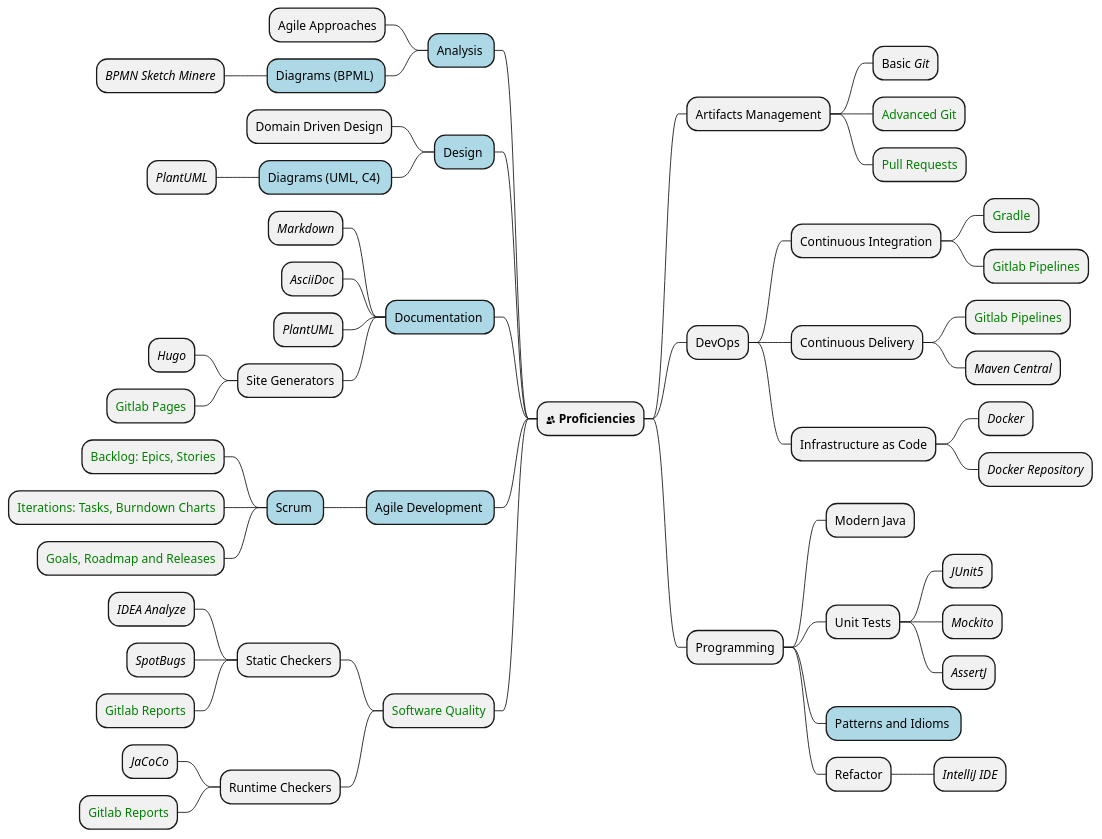
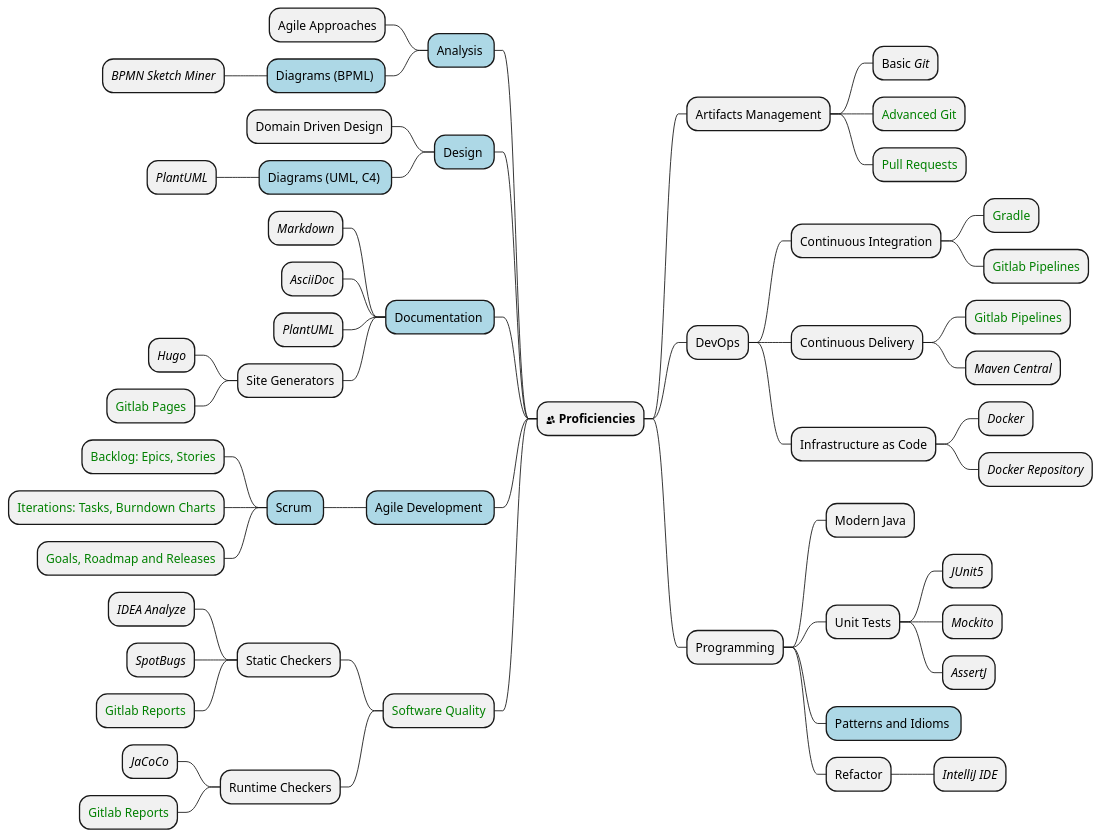
One commit to tangly-team/tangly-os changed the diagram in src/site/website/content/blog/2021/blog-2021-01-03.adoc. Above: the diagram before and after it, drawn with PlantUML. The commit also changed other lines of this file and 13 other files, not shown here.

```diff
--- a/src/site/website/content/blog/2021/blog-2021-01-03.adoc
+++ b/src/site/website/content/blog/2021/blog-2021-01-03.adoc
@@ -29,64 +29,64 @@
 [plantuml,students-proficiencies,svg]
 ....
 @startmindmap
 <style>
 mindmapDiagram {
   .hslu {
     BackgroundColor lightblue
   }
 }
 </style>
 + <&people> **Proficiencies**
 ++ Artifacts Management
 +++ Basic //Git//
 +++ <color:green>Advanced Git</color>
 +++ <color:green>Pull Requests</color>
 ++ DevOps
 +++ Continuous Integration
 ++++ <color:green>Gradle</color>
 ++++ <color:green>Gitlab Pipelines</color>
 +++ Continuous Delivery
 ++++ <color:green>Gitlab Pipelines</color>
 ++++ //Maven Central//
 +++ Infrastructure as Code
 ++++ //Docker//
 ++++ //Docker Repository//
 ++ Programming
 +++ Modern Java
 +++ Unit Tests
 ++++ //JUnit5//
 ++++ //Mockito//
 ++++ //AssertJ//
 +++ Patterns and Idioms <<hslu>>
 +++ Refactor
 ++++ //IntelliJ IDE//
 -- Analysis <<hslu>>
 --- Agile Approaches
 --- Diagrams (BPML) <<hslu>>
----- //BPMN Sketch Minere//<color:green>
+---- //BPMN Sketch Miner//<color:green>
 -- Design <<hslu>>
 --- Domain Driven Design
 --- Diagrams (UML, C4) <<hslu>>
 ---- //PlantUML//<color:green>
 -- Documentation <<hslu>>
 --- //Markdown//
 --- //AsciiDoc//
 --- //PlantUML//
 --- Site Generators
 ---- //Hugo//
 ---- <color:green>Gitlab Pages</color>
 -- Agile Development <<hslu>>
 --- Scrum <<hslu>>
 ---- <color:green>Backlog: Epics, Stories</color>
 ---- <color:green>Iterations: Tasks, Burndown Charts</color>
 ---- <color:green>Goals, Roadmap and Releases</color>
 -- <color:green>Software Quality</color>
 --- Static Checkers
 ---- //IDEA Analyze//
 ---- //SpotBugs//
 ---- <color:green>Gitlab Reports</color>
 --- Runtime Checkers
 ---- //JaCoCo//
 ---- <color:green>Gitlab Reports</color>
 @endmindmap
 ....
```
